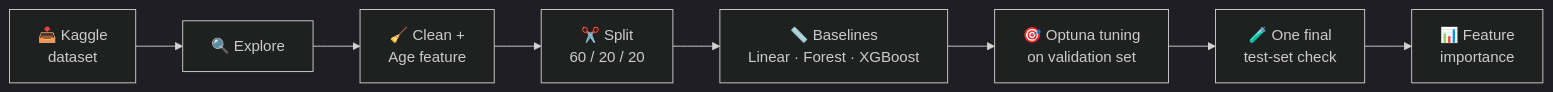
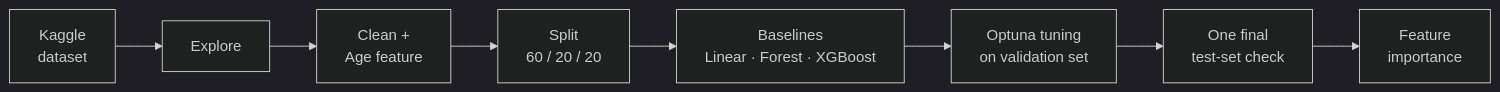
One commit to almanea00/saudi-used-car-price-prediction changed the third of 3 diagrams in README.md. Above: the diagram before and after it, drawn with Mermaid (dark theme). The commit also changed other lines of this file, not shown here.

Commit message:
Remove emoji icons from diagrams

````diff
--- a/README.md
+++ b/README.md
@@ -69,5 +69,5 @@
 ```mermaid
 flowchart LR
-    A["📥 Kaggle<br/>dataset"] --> B["🔍 Explore"] --> C["🧹 Clean +<br/>Age feature"] --> D["✂️ Split<br/>60 / 20 / 20"]
-    D --> E["📏 Baselines<br/>Linear · Forest · XGBoost"] --> F["🎯 Optuna tuning<br/>on validation set"] --> G["🧪 One final<br/>test-set check"] --> H["📊 Feature<br/>importance"]
+    A["Kaggle<br/>dataset"] --> B["Explore"] --> C["Clean +<br/>Age feature"] --> D["Split<br/>60 / 20 / 20"]
+    D --> E["Baselines<br/>Linear · Forest · XGBoost"] --> F["Optuna tuning<br/>on validation set"] --> G["One final<br/>test-set check"] --> H["Feature<br/>importance"]
 ```
````
